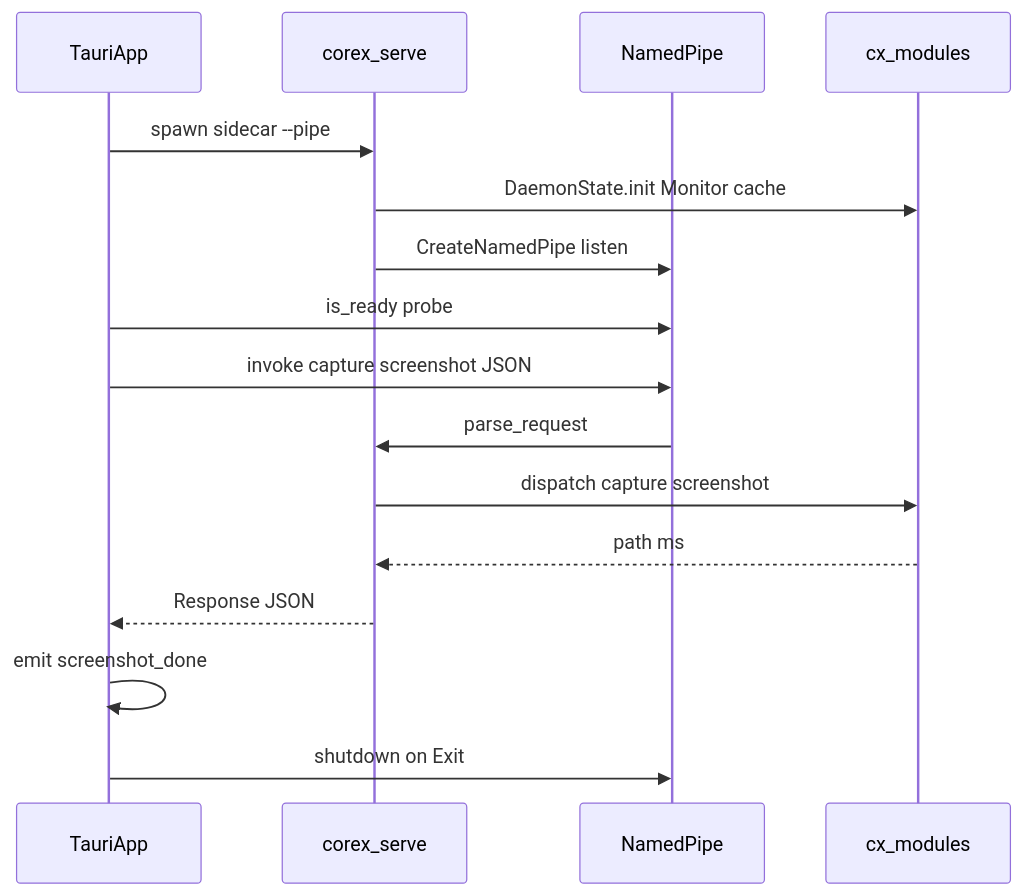
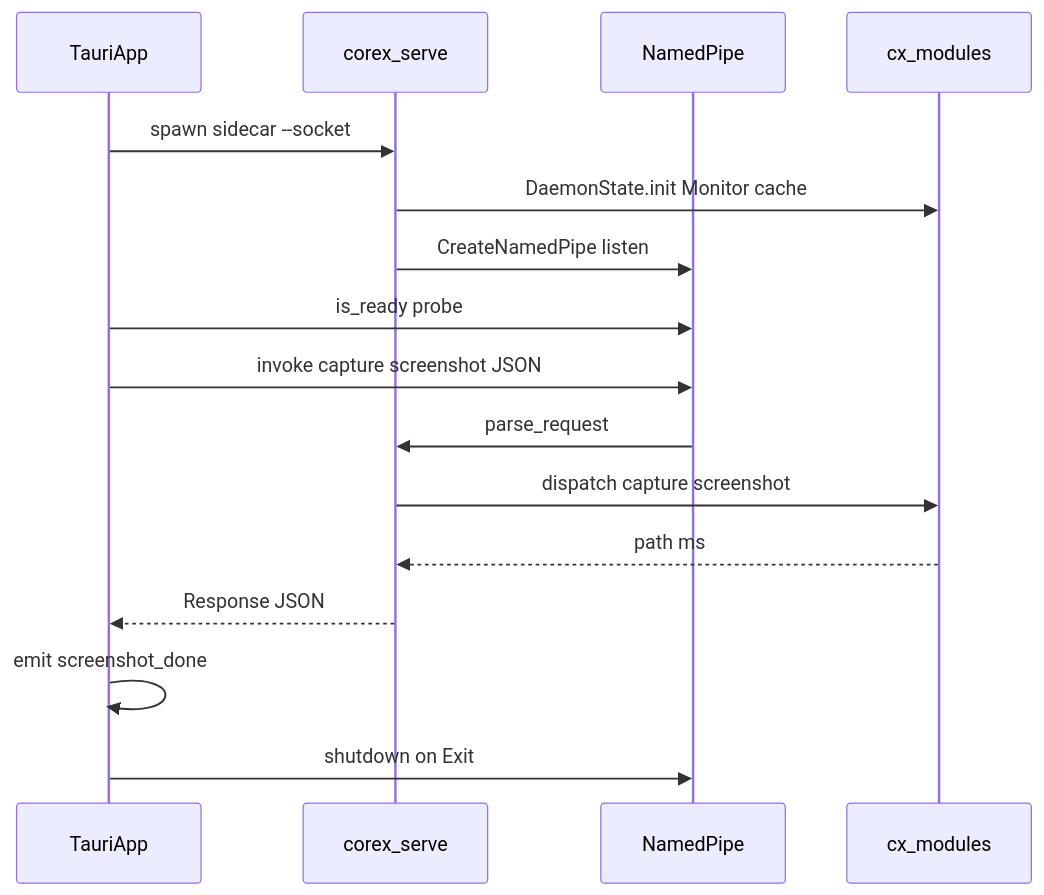
The diagram in docs/tauri-integration.md (layenbrank/corex), drawn with Mermaid before and after one commit. The commit also changed other lines of this file and 36 other files, not shown here.

````diff
--- a/docs/tauri-integration.md
+++ b/docs/tauri-integration.md
@@ -17,19 +17,19 @@
 ```mermaid
 sequenceDiagram
     participant Tauri as TauriApp
     participant Sidecar as corex_serve
     participant Pipe as NamedPipe
     participant Core as cx_modules
 
-    Tauri->>Sidecar: spawn sidecar --pipe
+    Tauri->>Sidecar: spawn sidecar --socket
     Sidecar->>Core: DaemonState.init Monitor cache
     Sidecar->>Pipe: CreateNamedPipe listen
     Tauri->>Pipe: is_ready probe
     Tauri->>Pipe: invoke capture screenshot JSON
     Pipe->>Sidecar: parse_request
     Sidecar->>Core: dispatch capture screenshot
     Core-->>Sidecar: path ms
     Sidecar-->>Tauri: Response JSON
     Tauri->>Tauri: emit screenshot_done
     Tauri->>Pipe: shutdown on Exit
 ```
````
